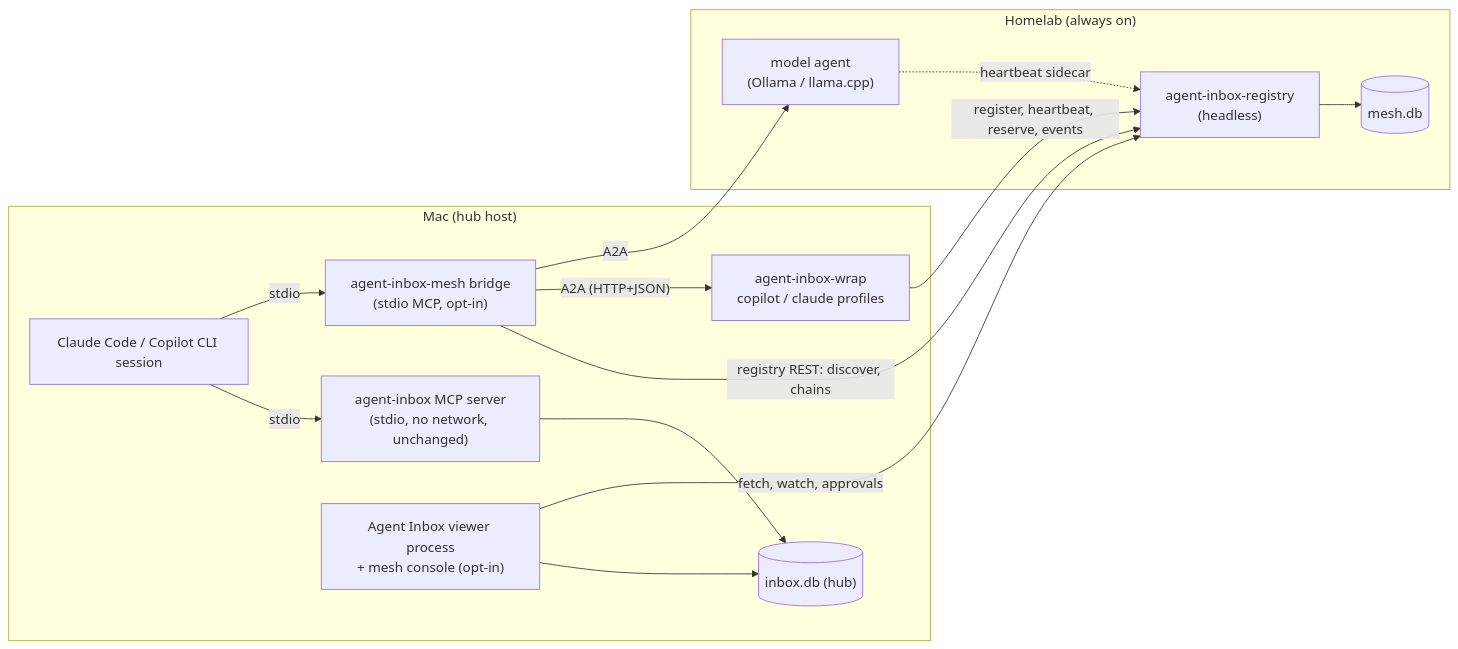
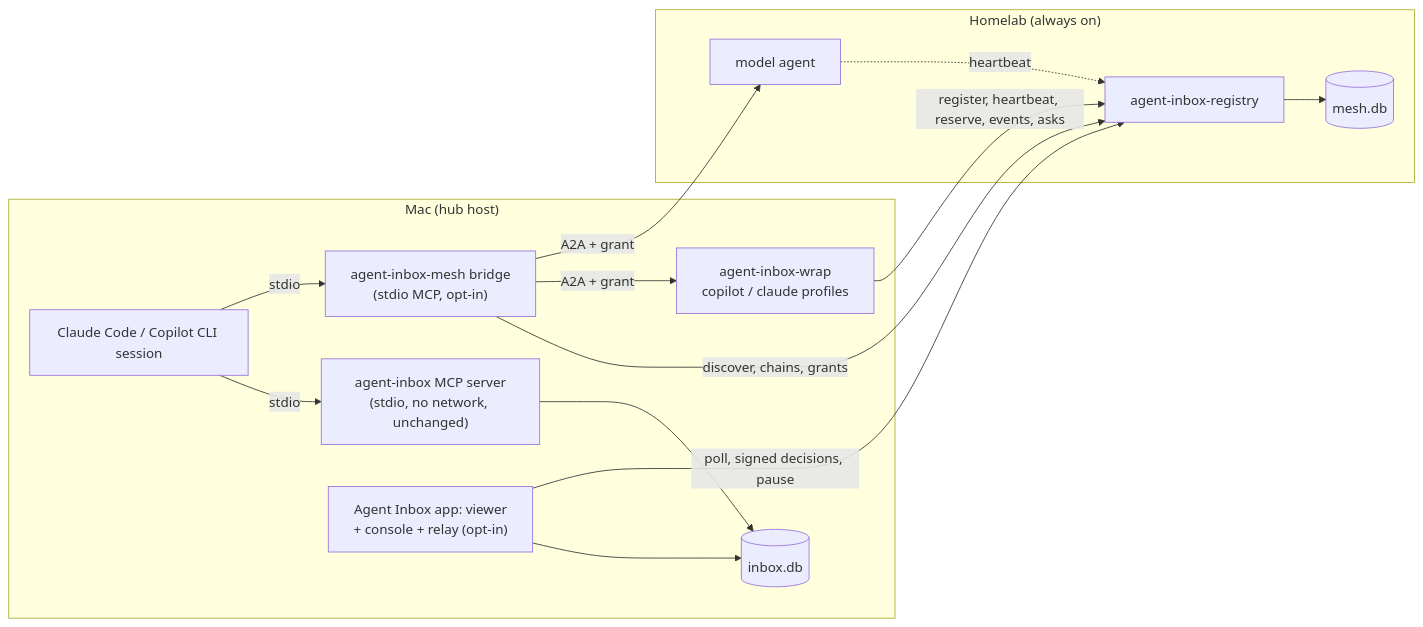
One commit to shariqh/agent-inbox changed the diagram in docs/superpowers/specs/2026-10-29-agent-mesh-design.md. Above: the diagram before and after it, drawn with Mermaid. The commit also changed other lines of this file, not shown here.

First line of the commit message:
Design review fixes for the agent mesh spec

````diff
--- a/docs/superpowers/specs/2026-10-29-agent-mesh-design.md
+++ b/docs/superpowers/specs/2026-10-29-agent-mesh-design.md
@@ -181,27 +211,27 @@
 ```mermaid
 flowchart LR
   subgraph Mac["Mac (hub host)"]
     CLI["Claude Code / Copilot CLI session"]
     MCP["agent-inbox MCP server<br/>(stdio, no network, unchanged)"]
     BR["agent-inbox-mesh bridge<br/>(stdio MCP, opt-in)"]
-    VW["Agent Inbox viewer process<br/>+ mesh console (opt-in)"]
-    HUB[("inbox.db (hub)")]
+    VW["Agent Inbox app: viewer<br/>+ console + relay (opt-in)"]
+    HUB[("inbox.db")]
     WM["agent-inbox-wrap<br/>copilot / claude profiles"]
     CLI -- stdio --> MCP
     CLI -- stdio --> BR
     MCP --> HUB
     VW --> HUB
   end
   subgraph Homelab["Homelab (always on)"]
-    REG["agent-inbox-registry<br/>(headless)"]
+    REG["agent-inbox-registry"]
     MDB[("mesh.db")]
-    LM["model agent<br/>(Ollama / llama.cpp)"]
+    LM["model agent"]
     REG --> MDB
   end
-  BR -- "registry REST: discover, chains" --> REG
-  BR -- "A2A (HTTP+JSON)" --> WM
-  BR -- "A2A" --> LM
-  WM -- "register, heartbeat, reserve, events" --> REG
-  LM -. "heartbeat sidecar" .-> REG
-  VW -- "fetch, watch, approvals" --> REG
+  BR -- "discover, chains, grants" --> REG
+  BR -- "A2A + grant" --> WM
+  BR -- "A2A + grant" --> LM
+  WM -- "register, heartbeat, reserve, events, asks" --> REG
+  LM -. "heartbeat" .-> REG
+  VW -- "poll, signed decisions, pause" --> REG
 ```
````
